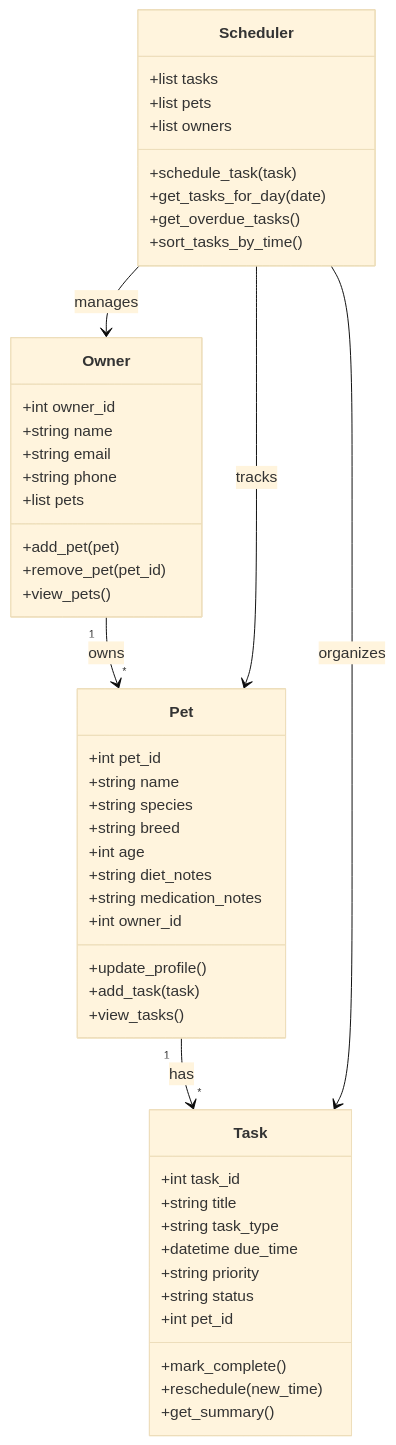
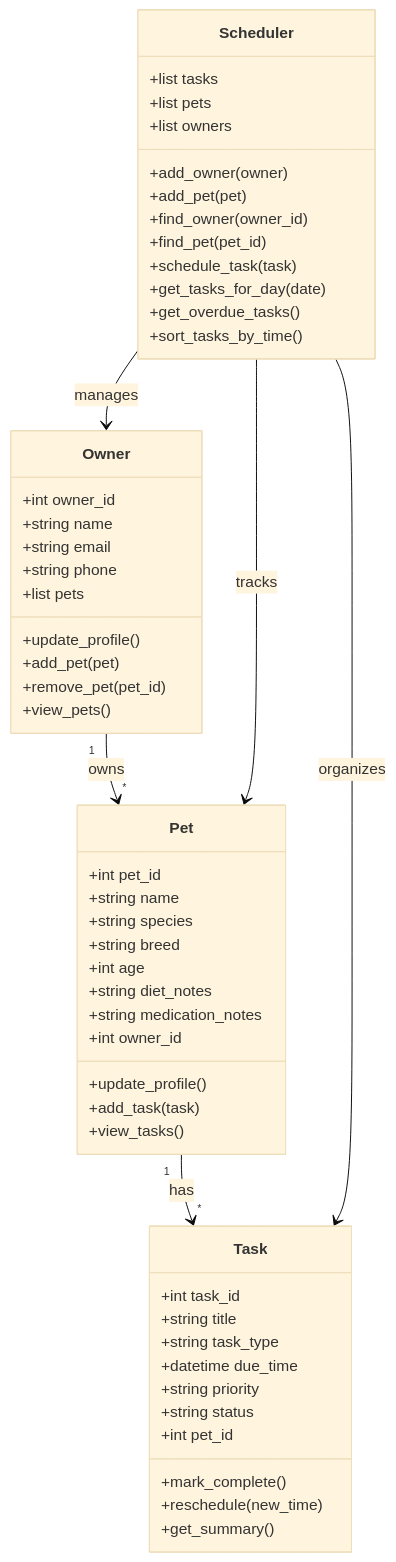
The diagram in pawpal-uml.mmd (sum09fairSaif/ai110-module2show-pawpal-starter), drawn with Mermaid (base theme) before and after one commit. The commit also changed 5 other files, not shown here.

Commit message:
feat: implement core functionality for Owner, Pet, Task, and Scheduler classes; add methods for task management and owner profile updates

```diff
--- a/pawpal-uml.mmd
+++ b/pawpal-uml.mmd
@@ -1,54 +1,59 @@
 classDiagram
     class Owner {
         +int owner_id
         +string name
         +string email
         +string phone
         +list pets
+        +update_profile()
         +add_pet(pet)
         +remove_pet(pet_id)
         +view_pets()
     }
 
     class Pet {
         +int pet_id
         +string name
         +string species
         +string breed
         +int age
         +string diet_notes
         +string medication_notes
         +int owner_id
         +update_profile()
         +add_task(task)
         +view_tasks()
     }
 
     class Task {
         +int task_id
         +string title
         +string task_type
         +datetime due_time
         +string priority
         +string status
         +int pet_id
         +mark_complete()
         +reschedule(new_time)
         +get_summary()
     }
 
     class Scheduler {
         +list tasks
         +list pets
         +list owners
+        +add_owner(owner)
+        +add_pet(pet)
+        +find_owner(owner_id)
+        +find_pet(pet_id)
         +schedule_task(task)
         +get_tasks_for_day(date)
         +get_overdue_tasks()
         +sort_tasks_by_time()
     }
 
     Owner "1" --> "*" Pet : owns
     Pet "1" --> "*" Task : has
     Scheduler --> Owner : manages
     Scheduler --> Pet : tracks
     Scheduler --> Task : organizes
```
